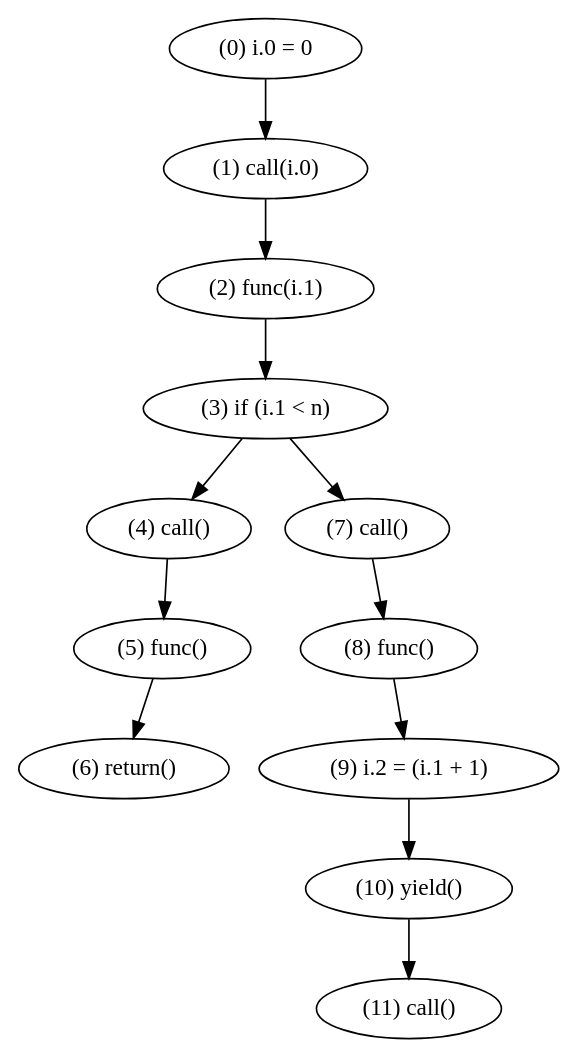
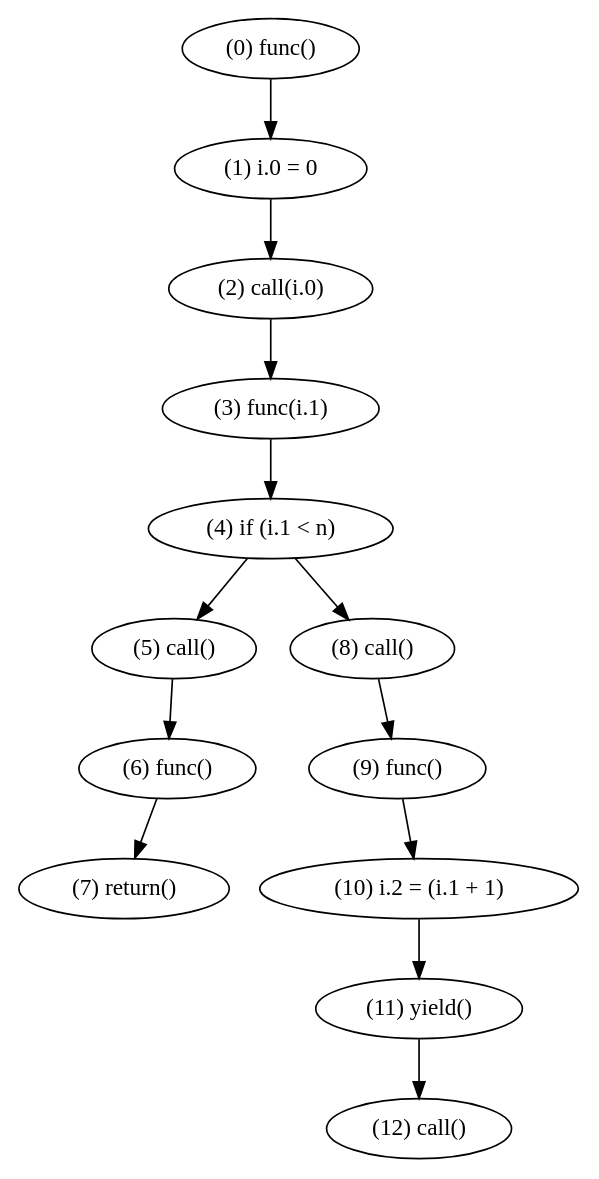
The diagram in crates/passes/lower_to_fsm_1.dot (WorldofKerry/ToHDL), drawn with Graphviz before and after one commit. The commit also changed 7 other files, not shown here.

```diff
--- a/crates/passes/lower_to_fsm_1.dot
+++ b/crates/passes/lower_to_fsm_1.dot
@@ -1,25 +1,27 @@
 digraph {
-    0 [ label = "(0) i.0 = 0" ]
-    1 [ label = "(1) call(i.0)" ]
-    2 [ label = "(2) func(i.1)" ]
-    3 [ label = "(3) if (i.1 < n)" ]
-    4 [ label = "(4) call()" ]
-    5 [ label = "(5) func()" ]
-    6 [ label = "(6) return()" ]
-    7 [ label = "(7) call()" ]
-    8 [ label = "(8) func()" ]
-    9 [ label = "(9) i.2 = (i.1 + 1)" ]
-    10 [ label = "(10) yield()" ]
-    11 [ label = "(11) call()" ]
+    0 [ label = "(0) func()" ]
+    1 [ label = "(1) i.0 = 0" ]
+    2 [ label = "(2) call(i.0)" ]
+    3 [ label = "(3) func(i.1)" ]
+    4 [ label = "(4) if (i.1 < n)" ]
+    5 [ label = "(5) call()" ]
+    6 [ label = "(6) func()" ]
+    7 [ label = "(7) return()" ]
+    8 [ label = "(8) call()" ]
+    9 [ label = "(9) func()" ]
+    10 [ label = "(10) i.2 = (i.1 + 1)" ]
+    11 [ label = "(11) yield()" ]
+    12 [ label = "(12) call()" ]
     0 -> 1 [ label = "" ]
     1 -> 2 [ label = "" ]
     2 -> 3 [ label = "" ]
-    3 -> 7 [ label = "" ]
     3 -> 4 [ label = "" ]
+    4 -> 8 [ label = "" ]
     4 -> 5 [ label = "" ]
     5 -> 6 [ label = "" ]
-    7 -> 8 [ label = "" ]
+    6 -> 7 [ label = "" ]
     8 -> 9 [ label = "" ]
     9 -> 10 [ label = "" ]
     10 -> 11 [ label = "" ]
+    11 -> 12 [ label = "" ]
 }
```
